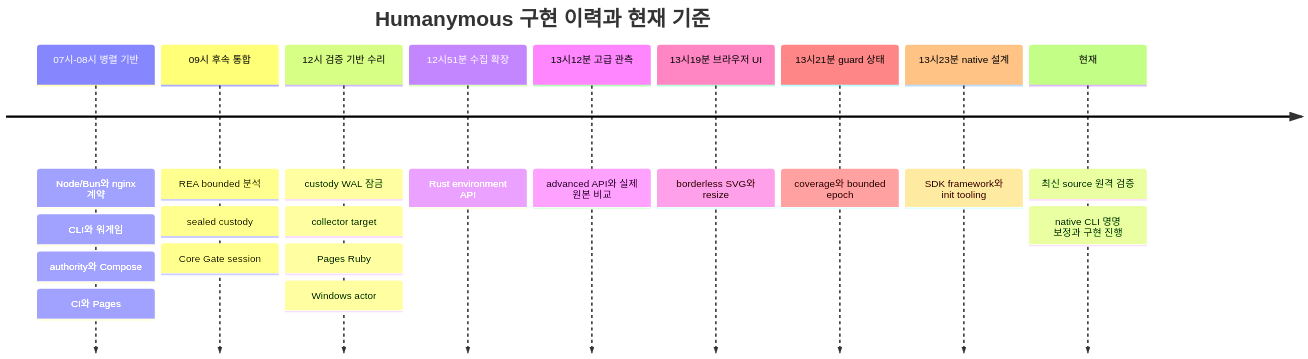
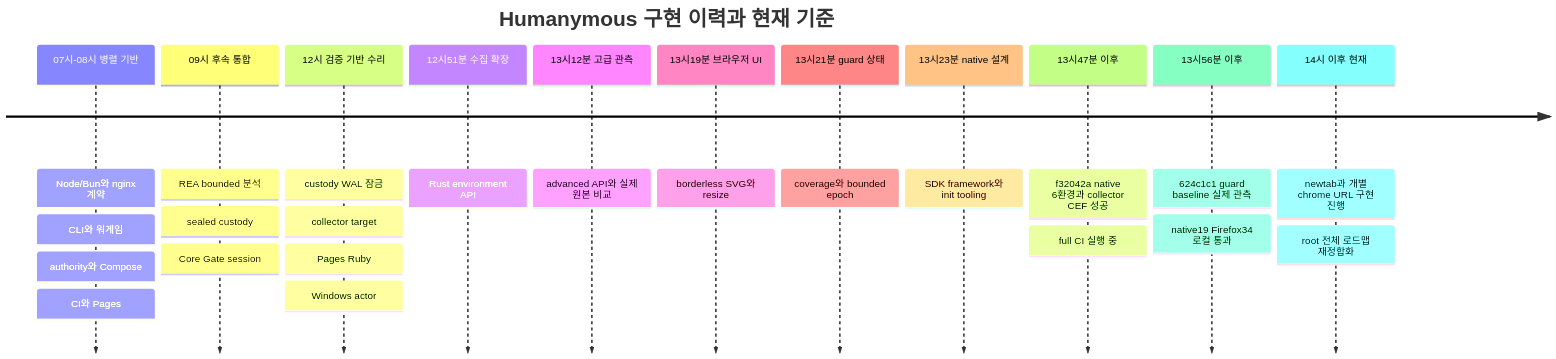
One commit to modootoday/humanymous changed the first of 2 diagrams in .spec/sot/program-roadmap.sot.md. Above: the diagram before and after it, drawn with Mermaid. The commit also changed other lines of this file and 3 other files, not shown here.

First line of the commit message:
docs(roadmap): reconcile latest chats and gate timeline

````diff
--- a/.spec/sot/program-roadmap.sot.md
+++ b/.spec/sot/program-roadmap.sot.md
@@ -128,13 +130,15 @@
 ```mermaid
 timeline
   title Humanymous 구현 이력과 현재 기준
   07시-08시 병렬 기반 : Node/Bun와 nginx 계약 : CLI와 워게임 : authority와 Compose : CI와 Pages
   09시 후속 통합 : REA bounded 분석 : sealed custody : Core Gate session
   12시 검증 기반 수리 : custody WAL 잠금 : collector target : Pages Ruby : Windows actor
   12시51분 수집 확장 : Rust environment API
   13시12분 고급 관측 : advanced API와 실제 원본 비교
   13시19분 브라우저 UI : borderless SVG와 resize
   13시21분 guard 상태 : coverage와 bounded epoch
   13시23분 native 설계 : SDK framework와 init tooling
-  현재 : 최신 source 원격 검증 : native CLI 명명 보정과 구현 진행
+  13시47분 이후 : f32042a native 6환경과 collector CEF 성공 : full CI 실행 중
+  13시56분 이후 : 624c1c1 guard baseline 실제 관측 : native19 Firefox34 로컬 통과
+  14시 이후 현재 : newtab과 개별 chrome URL 구현 진행 : root 전체 로드맵 재정합화
 ```
````
